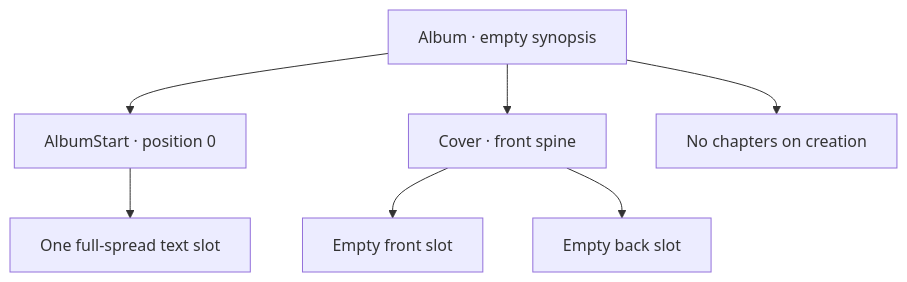
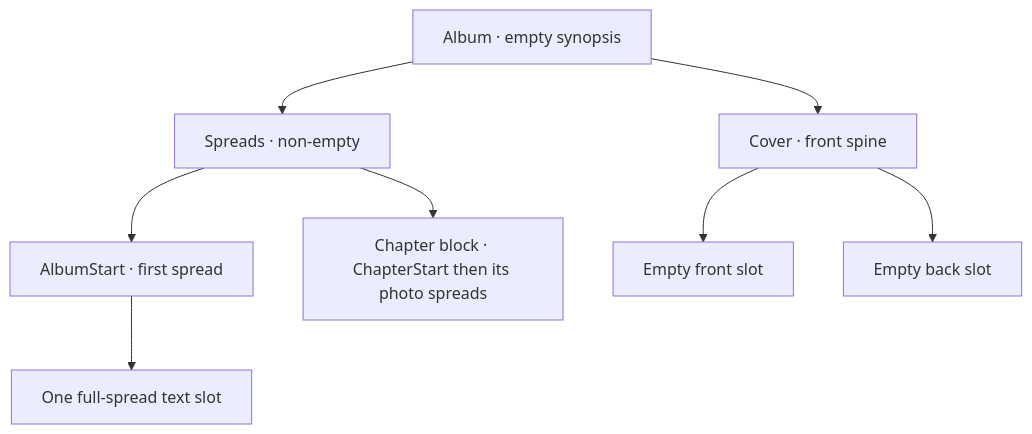
Before and after one commit to Shepherd-s-Den/photography: the diagram in specs/changes/album-dashboard-and-open/proposal.md, drawn with Mermaid. The commit also changed other lines of this file and 38 other files, not shown here.

````diff
--- a/specs/changes/album-dashboard-and-open/proposal.md
+++ b/specs/changes/album-dashboard-and-open/proposal.md
@@ -50,9 +49,10 @@
 ```mermaid
 flowchart TD
-Album["Album · empty synopsis"] --> Start["AlbumStart · position 0"]
+Album["Album · empty synopsis"] --> Spreads["Spreads · non-empty"]
+Spreads --> Start["AlbumStart · first spread"]
 Start --> TextSlot["One full-spread text slot"]
+Spreads --> Chapter["Chapter block · ChapterStart then its photo spreads"]
 Album --> Cover["Cover · front spine"]
 Cover --> Front["Empty front slot"]
 Cover --> Back["Empty back slot"]
-Album --> Chapters["No chapters on creation"]
 ```
````
